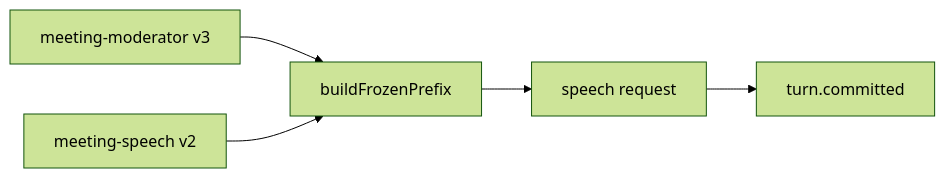
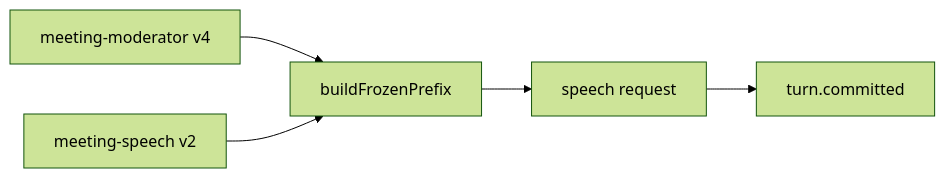
Before and after one commit to Ambar-13/Meta-hackathon: the diagram in packages/prompts/meeting-speech/README.md, drawn with Mermaid (forest theme). The commit also changed 73 other files, not shown here.

````diff
--- a/packages/prompts/meeting-speech/README.md
+++ b/packages/prompts/meeting-speech/README.md
@@ -15,7 +15,7 @@
 ```mermaid
 flowchart LR
-  M[meeting-moderator v3] --> P[buildFrozenPrefix]
+  M[meeting-moderator v4] --> P[buildFrozenPrefix]
   S[meeting-speech v2] --> P
   P --> R[speech request]
   R --> T[turn.committed]
 ```
````
